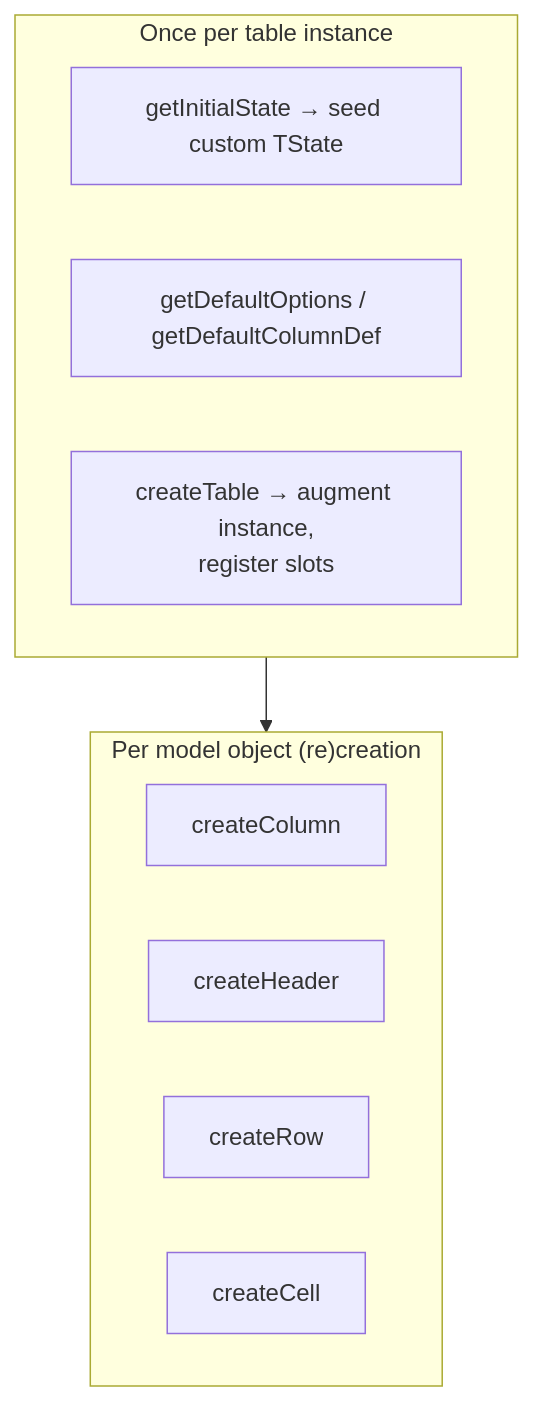
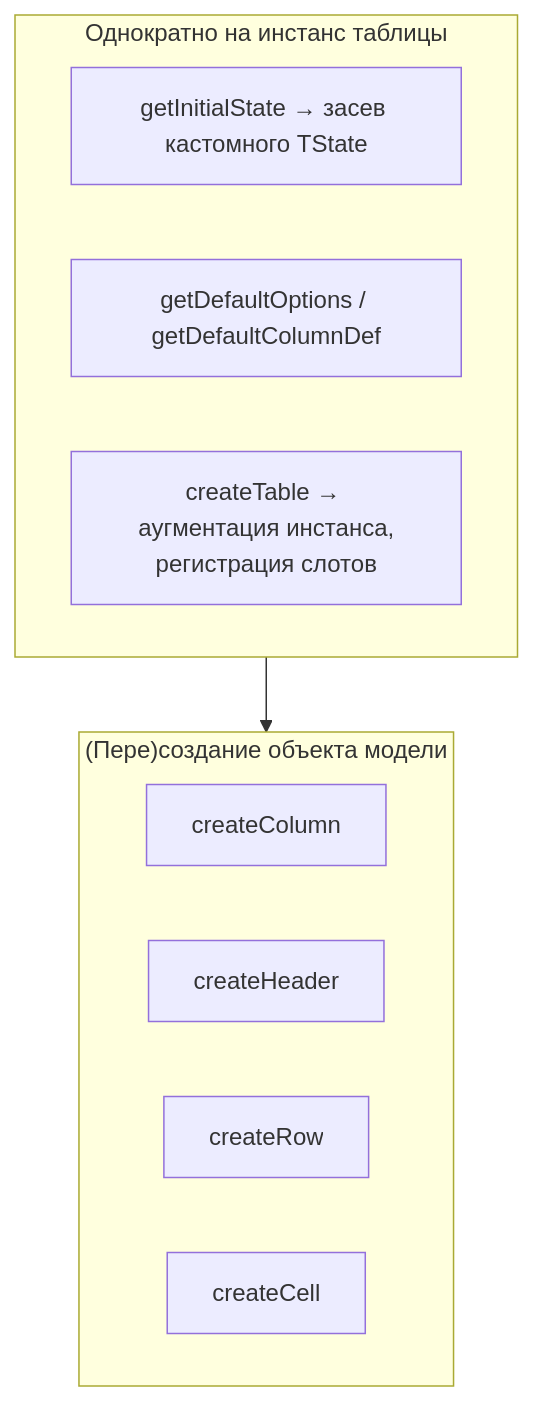
One commit to tessera-grid/tessera changed the first of 2 diagrams in docs/architecture/plugins-and-slots.md. Above: the diagram before and after it, drawn with Mermaid. The commit also changed other lines of this file and 15 other files, not shown here.

First line of the commit message:
docs(architecture): translate to Russian and restructure the knowledge base

````diff
--- a/docs/architecture/plugins-and-slots.md
+++ b/docs/architecture/plugins-and-slots.md
@@ -25,15 +25,15 @@
 ```mermaid
 flowchart TB
-    subgraph once["Once per table instance"]
-        GIS["getInitialState → seed custom TState"]
+    subgraph once["Однократно на инстанс таблицы"]
+        GIS["getInitialState → засев кастомного TState"]
         GDO["getDefaultOptions / getDefaultColumnDef"]
-        CT["createTable → augment instance,<br/>register slots"]
+        CT["createTable → аугментация инстанса,<br/>регистрация слотов"]
     end
-    subgraph per["Per model object (re)creation"]
+    subgraph per["(Пере)создание объекта модели"]
         CCOL["createColumn"]
         CH["createHeader"]
         CR["createRow"]
         CC["createCell"]
     end
     once --> per
 ```
````
